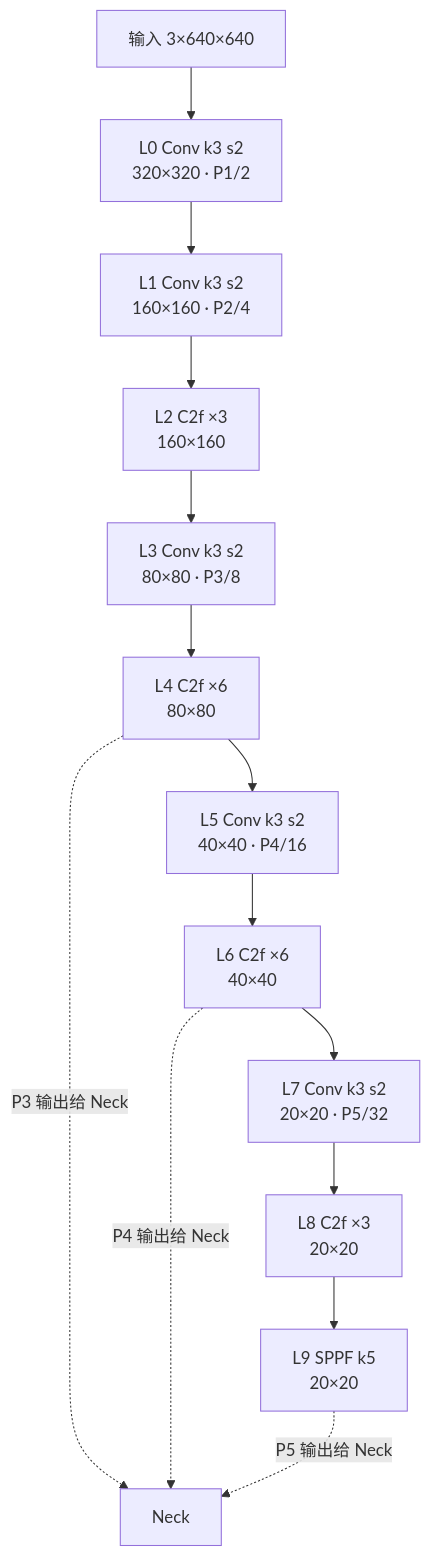
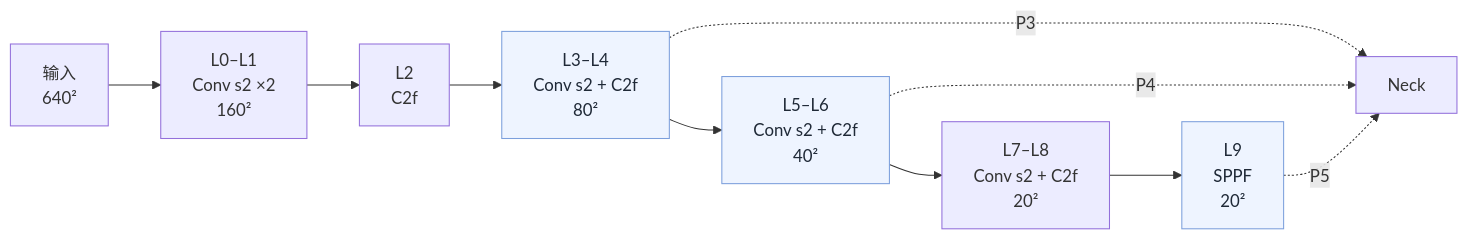
Before and after one commit to cheerhin-yi/Doctoral-Research-Outline: the diagram in 00_Practice_UAV_Aerial_Detection/Learning_Notes/assets/01_YOLO_Research_Core/01_yolo_backbone.mmd, drawn with Mermaid. The commit also changed 35 other files, not shown here.

```diff
--- a/00_Practice_UAV_Aerial_Detection/Learning_Notes/assets/01_YOLO_Research_Core/01_yolo_backbone.mmd
+++ b/00_Practice_UAV_Aerial_Detection/Learning_Notes/assets/01_YOLO_Research_Core/01_yolo_backbone.mmd
@@ -1,14 +1,12 @@
-flowchart TD
-    I["输入 3×640×640"] --> L0["L0 Conv k3 s2<br/>320×320 · P1/2"]
-    L0 --> L1["L1 Conv k3 s2<br/>160×160 · P2/4"]
-    L1 --> L2["L2 C2f ×3<br/>160×160"]
-    L2 --> L3["L3 Conv k3 s2<br/>80×80 · P3/8"]
-    L3 --> L4["L4 C2f ×6<br/>80×80"]
-    L4 --> L5["L5 Conv k3 s2<br/>40×40 · P4/16"]
-    L5 --> L6["L6 C2f ×6<br/>40×40"]
-    L6 --> L7["L7 Conv k3 s2<br/>20×20 · P5/32"]
-    L7 --> L8["L8 C2f ×3<br/>20×20"]
-    L8 --> L9["L9 SPPF k5<br/>20×20"]
-    L4 -.->|"P3 输出给 Neck"| N["Neck"]
-    L6 -.->|"P4 输出给 Neck"| N
-    L9 -.->|"P5 输出给 Neck"| N
+flowchart LR
+    I["输入<br/>640²"] --> A["L0–L1<br/>Conv s2 ×2<br/>160²"]
+    A --> B["L2<br/>C2f"]
+    B --> C["L3–L4<br/>Conv s2 + C2f<br/>80²"]
+    C --> D["L5–L6<br/>Conv s2 + C2f<br/>40²"]
+    D --> E["L7–L8<br/>Conv s2 + C2f<br/>20²"]
+    E --> F["L9<br/>SPPF<br/>20²"]
+    C -.->|"P3"| N["Neck"]
+    D -.->|"P4"| N
+    F -.->|"P5"| N
+    classDef acc fill:#eef4ff,stroke:#7c9fdc,color:#1f2937
+    class C,D,F acc
```
